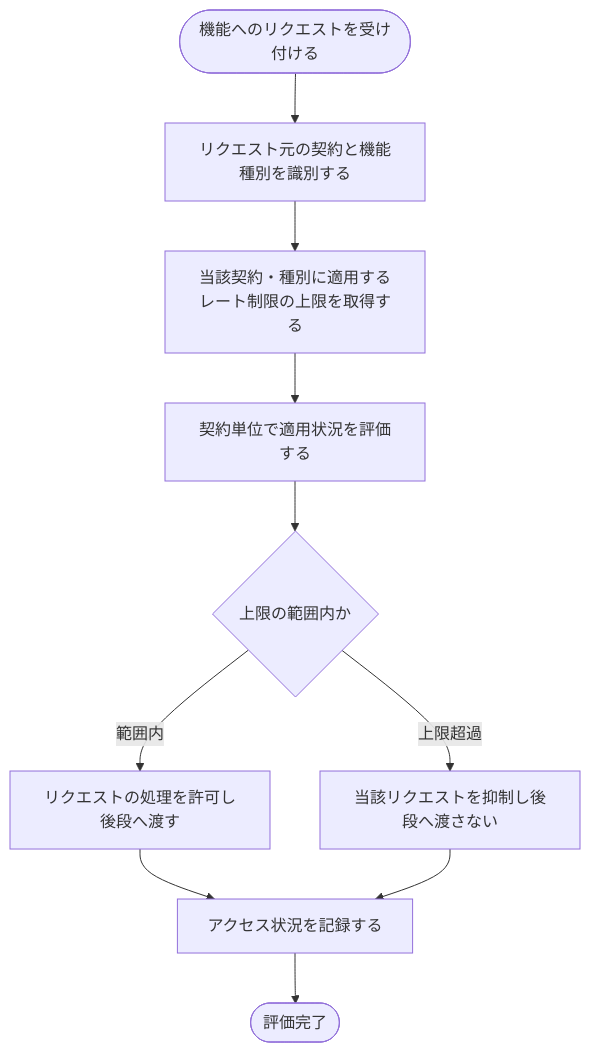
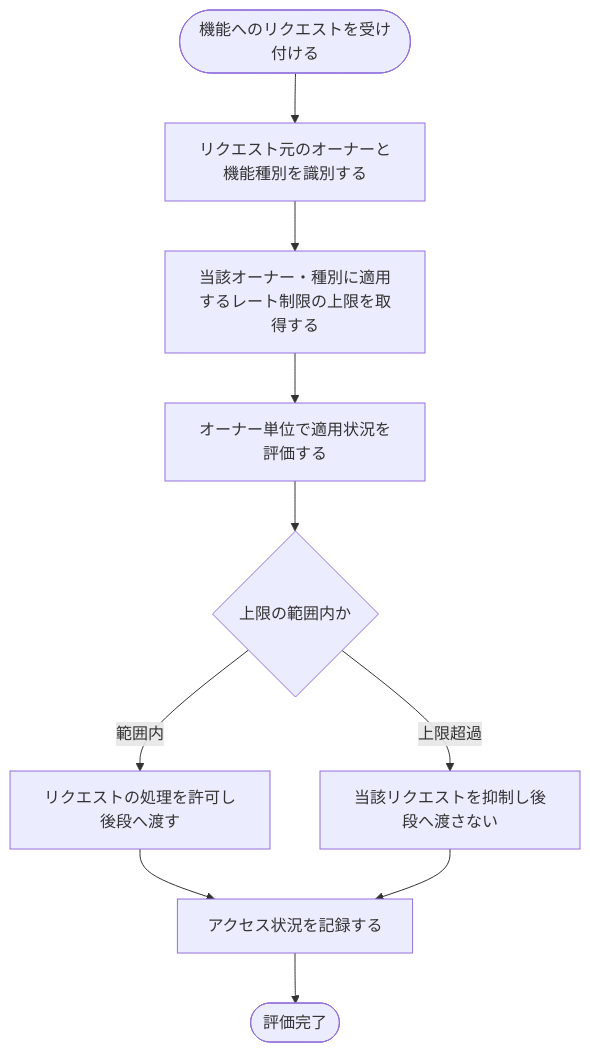
Before and after one commit to sikakou54/open-faq: the diagram in 02_basic_design/02_backend/01_system/SYS-010.md, drawn with Mermaid. The commit also changed other lines of this file and 294 other files, not shown here.

````diff
--- a/02_basic_design/02_backend/01_system/SYS-010.md
+++ b/02_basic_design/02_backend/01_system/SYS-010.md
@@ -24,12 +24,12 @@
 ```mermaid
 flowchart TB
-  A([機能へのリクエストを受け付ける]) --> B[リクエスト元の契約と機能種別を識別する]
-  B --> C[当該契約・種別に適用するレート制限の上限を取得する]
-  C --> D[契約単位で適用状況を評価する]
+  A([機能へのリクエストを受け付ける]) --> B[リクエスト元のオーナーと機能種別を識別する]
+  B --> C[当該オーナー・種別に適用するレート制限の上限を取得する]
+  C --> D[オーナー単位で適用状況を評価する]
   D --> E{上限の範囲内か}
   E -->|範囲内| F[リクエストの処理を許可し後段へ渡す]
   E -->|上限超過| G[当該リクエストを抑制し後段へ渡さない]
   F --> H[アクセス状況を記録する]
   G --> H
   H --> Z([評価完了])
 ```
````
